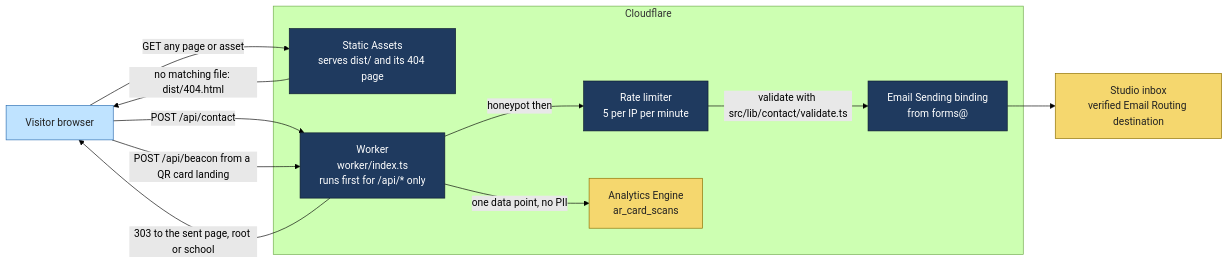
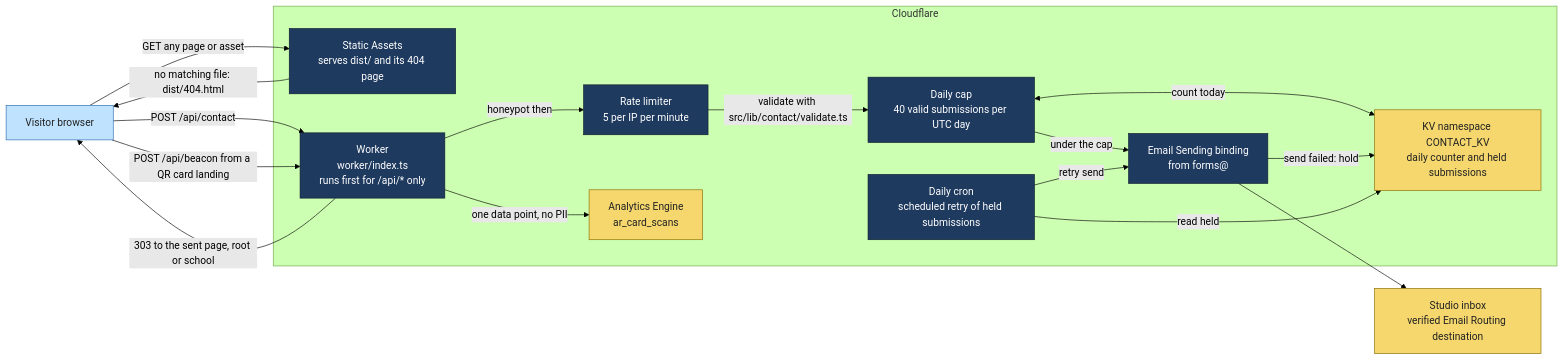
The first of 7 diagrams in README.md (BirchDesignLab/birchdesignlab), drawn with Mermaid (forest theme) before and after one commit. The commit also changed other lines of this file and 1 other file, not shown here.

Commit message:
README: accuracy pass (contact safety net, gates, Stage 5 status, timeline) and second language pass

````diff
--- a/README.md
+++ b/README.md
@@ -48,26 +56,34 @@
 ```mermaid
 flowchart LR
     classDef store fill:#f5d76e,stroke:#8a6d00,color:#222
     classDef cloud fill:#1f3a5f,stroke:#0d1b2e,color:#fff
     classDef you fill:#bfe3ff,stroke:#2b6cb0,color:#222
 
     V["Visitor browser"]:::you
     subgraph CF["Cloudflare"]
         SA["Static Assets<br/>serves dist/ and its 404 page"]:::cloud
         W["Worker<br/>worker/index.ts<br/>runs first for /api/* only"]:::cloud
         RL["Rate limiter<br/>5 per IP per minute"]:::cloud
+        CAP["Daily cap<br/>40 valid submissions per UTC day"]:::cloud
         EM["Email Sending binding<br/>from forms@"]:::cloud
+        KV["KV namespace CONTACT_KV<br/>daily counter and held submissions"]:::store
+        CRON["Daily cron<br/>scheduled retry of held submissions"]:::cloud
         AE["Analytics Engine<br/>ar_card_scans"]:::store
     end
     INBOX["Studio inbox<br/>verified Email Routing destination"]:::store
 
     V -->|"GET any page or asset"| SA
     SA -->|"no matching file: dist/404.html"| V
     V -->|"POST /api/contact"| W
     V -->|"POST /api/beacon from a QR card landing"| W
     W -->|"honeypot then"| RL
-    RL -->|"validate with src/lib/contact/validate.ts"| EM
+    RL -->|"validate with src/lib/contact/validate.ts"| CAP
+    CAP <-->|"count today"| KV
+    CAP -->|"under the cap"| EM
     EM --> INBOX
+    EM -->|"send failed: hold"| KV
+    CRON -->|"read held"| KV
+    CRON -->|"retry send"| EM
     W -->|"303 to the sent page, root or school"| V
     W -->|"one data point, no PII"| AE
 ```
````
